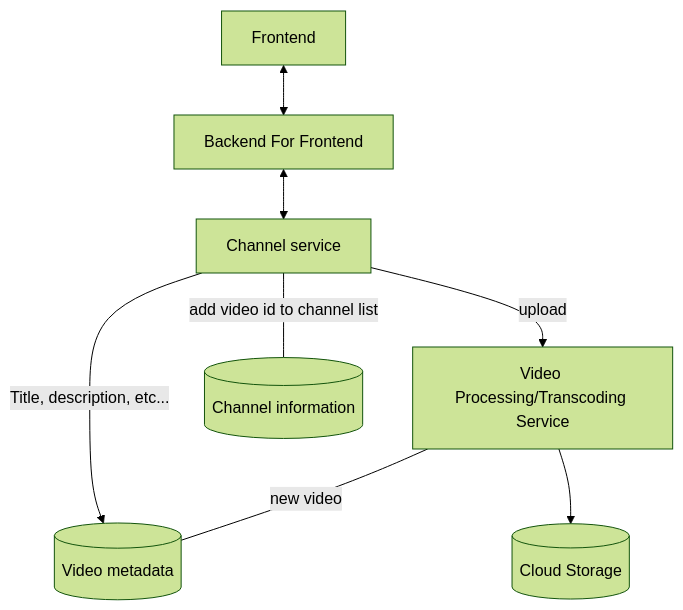
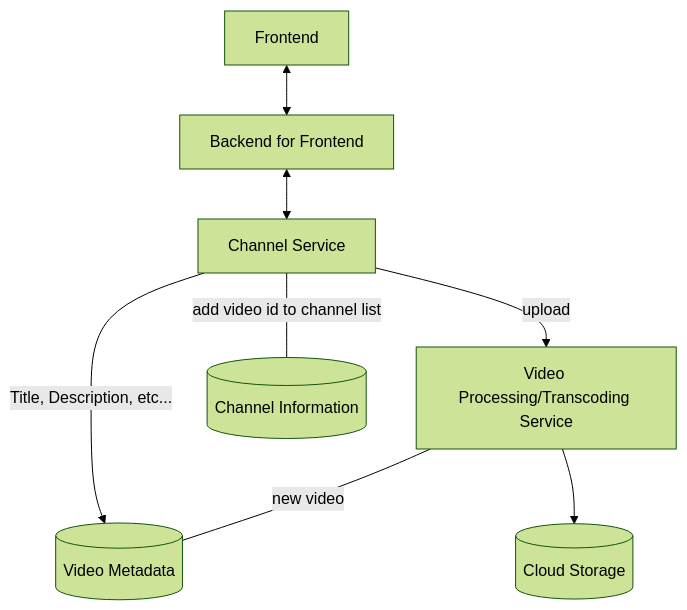
The sixth of 12 diagrams in docs/README.md (kevthunder/Vention-system-design-assessment), drawn with Mermaid (forest theme) before and after one commit. The commit also changed other lines of this file and 1 other file, not shown here.

````diff
--- a/docs/README.md
+++ b/docs/README.md
@@ -175,17 +180,17 @@
 ```mermaid
 flowchart TD
     Frontend[Frontend]
-    BFF[Backend For Frontend]
-    VideoDB[(Video metadata)]
+    BFF[Backend for Frontend]
+    VideoDb[(Video Metadata)]
     Frontend <--> BFF
 
     Encode[Video Processing/Transcoding Service]
     Storage[(Cloud Storage)]
-    Encode -- new video --- VideoDB
+    Encode -- new video --- VideoDb
     BFF <--> Channel -- upload --> Encode --> Storage
 
-    Channel[Channel service]
-    ChannelDB[(Channel information)]
-    Channel -- "Title, description, etc..." --> VideoDB
-    Channel -- add video id to channel list--- ChannelDB
+    Channel[Channel Service]
+    ChannelDb[(Channel Information)]
+    Channel -- "Title, Description, etc..." --> VideoDb
+    Channel -- add video id to channel list--- ChannelDb
 ```
````
